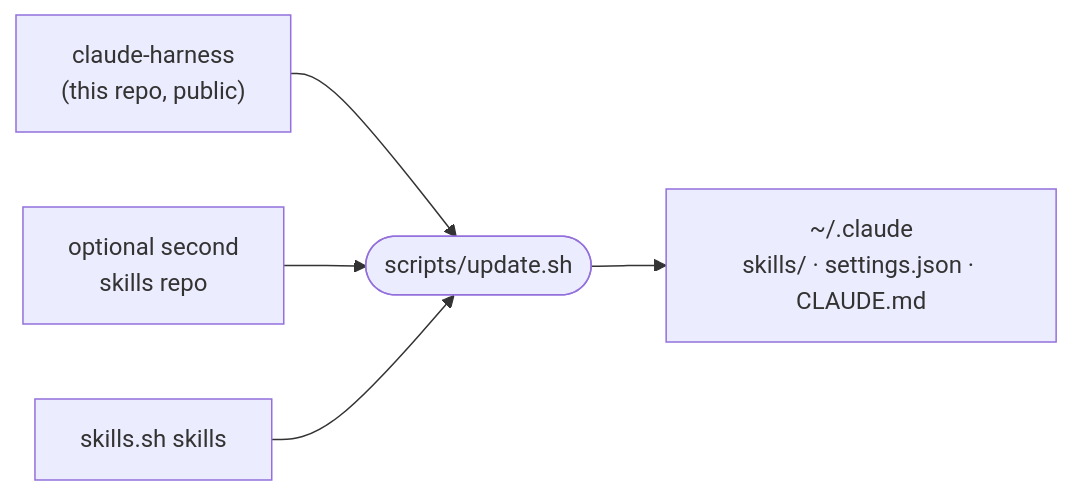
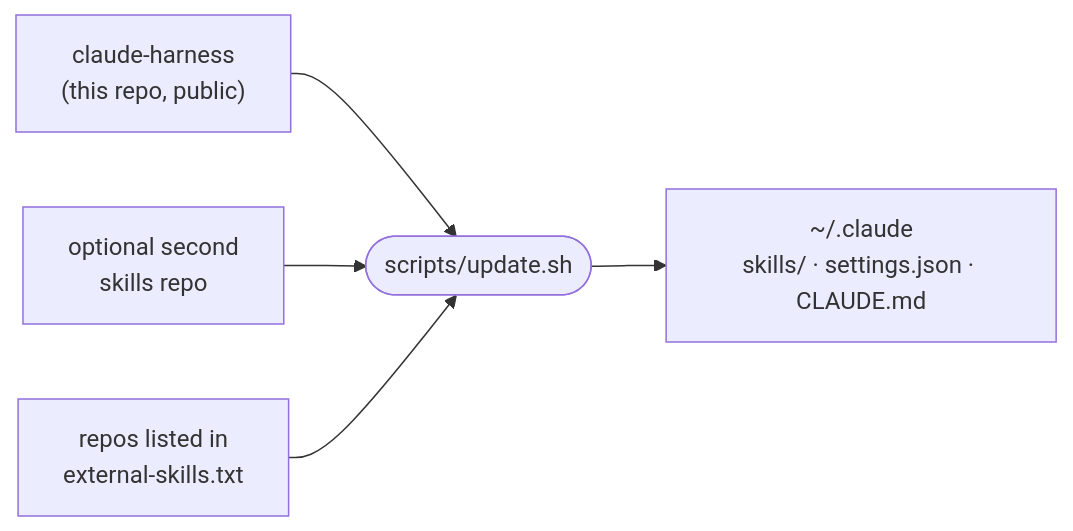
The diagram in README.md (araltiparmak/claude-harness), drawn with Mermaid before and after one commit. The commit also changed other lines of this file and 7 other files, not shown here.

First line of the commit message:
external skills from a list: external-skills.txt replaces skills.sh

````diff
--- a/README.md
+++ b/README.md
@@ -9,12 +9,12 @@
 ```mermaid
 flowchart LR
   H["claude-harness<br/>(this repo, public)"]
   P["optional second<br/>skills repo"]
-  S["skills.sh skills"]
+  S["repos listed in<br/>external-skills.txt"]
   U(["scripts/update.sh"])
   C["~/.claude<br/>skills/ · settings.json · CLAUDE.md"]
   H --> U
   P --> U
   S --> U
   U --> C
 ```
````
